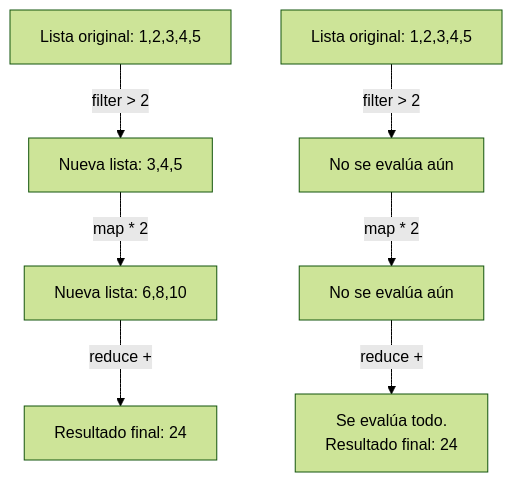
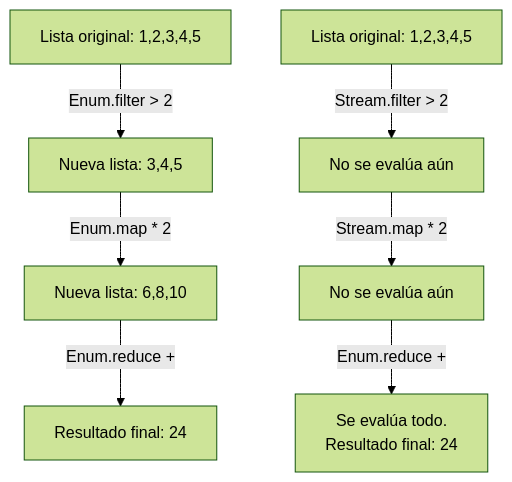
Before and after one commit to caflorezvi/guias-programacion3: the diagram in docs/8.streams.md, drawn with Mermaid (forest theme).

Commit message:
Mejora diagrama Streams

```diff
--- a/docs/8.streams.md
+++ b/docs/8.streams.md
@@ -61,12 +61,12 @@
 <div class="mermaid" style="text-align: center;">
 flowchart TD
  %% Enum pipeline
- A1["Lista original: 1,2,3,4,5"] -->|filter > 2| C1["Nueva lista: 3,4,5"]
- C1 -->|map * 2| E1["Nueva lista: 6,8,10"]
- E1 -->|reduce +| G1["Resultado final: 24"]
- 
+ A1["Lista original: 1,2,3,4,5"] -->|Enum.filter > 2| C1["Nueva lista: 3,4,5"]
+ C1 -->|Enum.map * 2| E1["Nueva lista: 6,8,10"]
+ E1 -->|Enum.reduce +| G1["Resultado final: 24"]
+
  %% Stream pipeline
- A2["Lista original: 1,2,3,4,5"] -->|filter > 2| B2["No se evalúa aún"]
- B2 -->|map * 2| C2["No se evalúa aún"]
- C2 -->|reduce +| E2["Se evalúa todo. <br/>Resultado final: 24"]
+ A2["Lista original: 1,2,3,4,5"] -->|Stream.filter > 2| B2["No se evalúa aún"]
+ B2 -->|Stream.map * 2| C2["No se evalúa aún"]
+ C2 -->|Enum.reduce +| E2["Se evalúa todo. <br/>Resultado final: 24"]
 </div>
```
